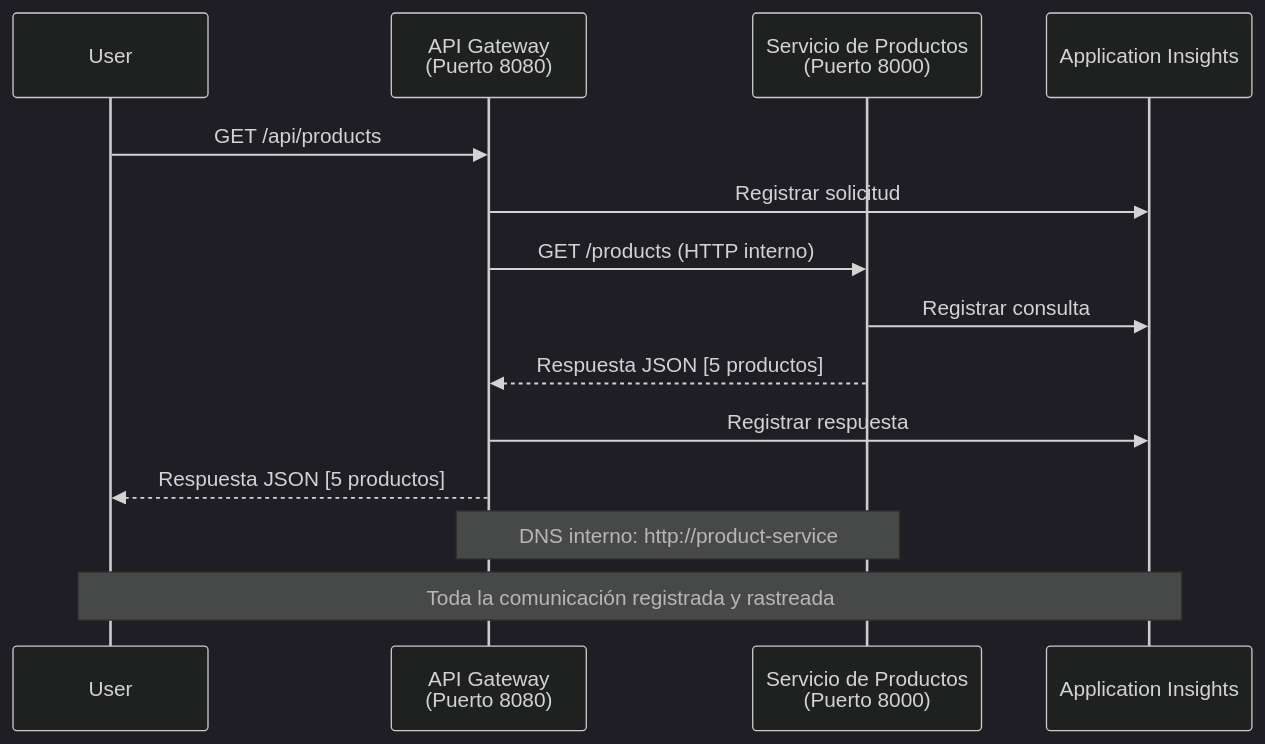
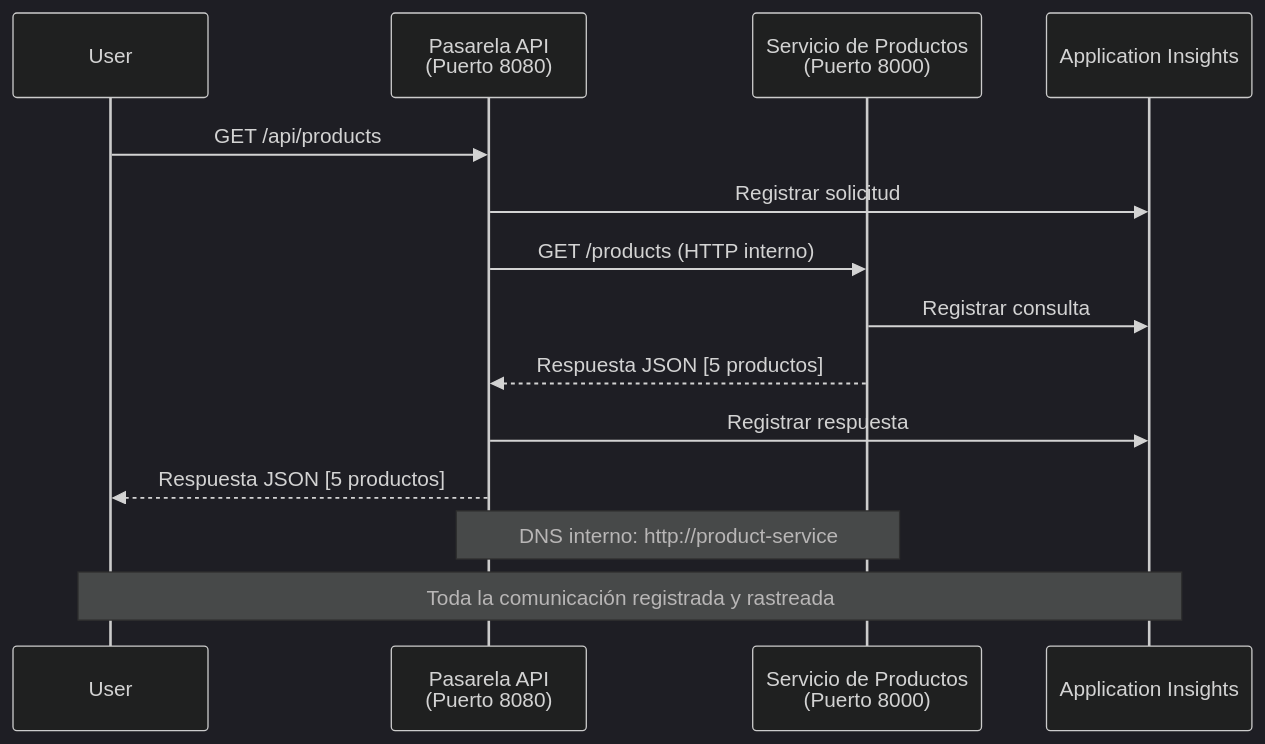
One commit to microsoft/AZD-for-beginners changed the fourth of 4 diagrams in translations/es/examples/microservices/README.md. Above: the diagram before and after it, drawn with Mermaid (dark theme). The commit also changed other lines of this file and 282 other files, not shown here.

````diff
--- a/translations/es/examples/microservices/README.md
+++ b/translations/es/examples/microservices/README.md
@@ -432,18 +423,18 @@
 ```mermaid
 sequenceDiagram
     participant User
-    participant Gateway as API Gateway<br/>(Puerto 8080)
+    participant Gateway as Pasarela API<br/>(Puerto 8080)
     participant Product as Servicio de Productos<br/>(Puerto 8000)
     participant AI as Application Insights
     
     User->>Gateway: GET /api/products
     Gateway->>AI: Registrar solicitud
     Gateway->>Product: GET /products (HTTP interno)
     Product->>AI: Registrar consulta
     Product-->>Gateway: Respuesta JSON [5 productos]
     Gateway->>AI: Registrar respuesta
     Gateway-->>User: Respuesta JSON [5 productos]
     
     Note over Gateway,Product: DNS interno: http://product-service
     Note over User,AI: Toda la comunicación registrada y rastreada
 ```
````
